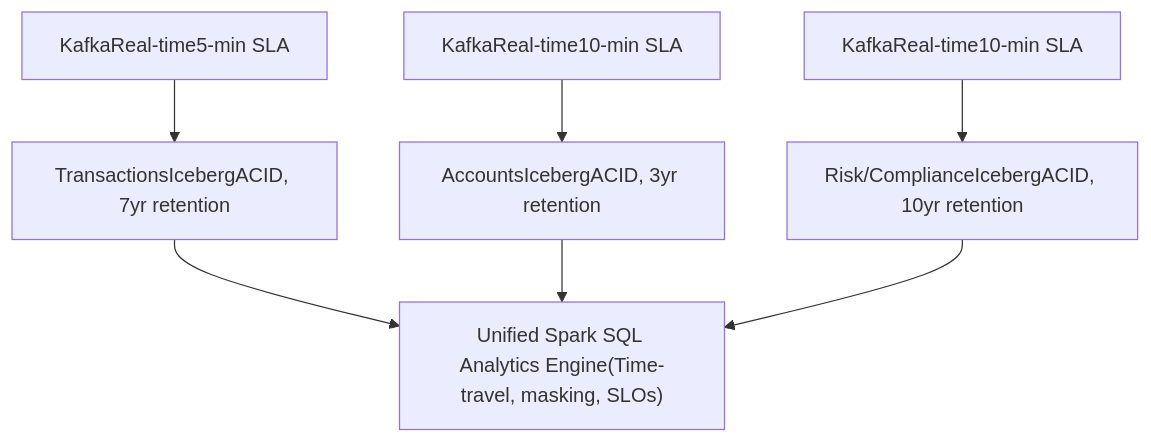
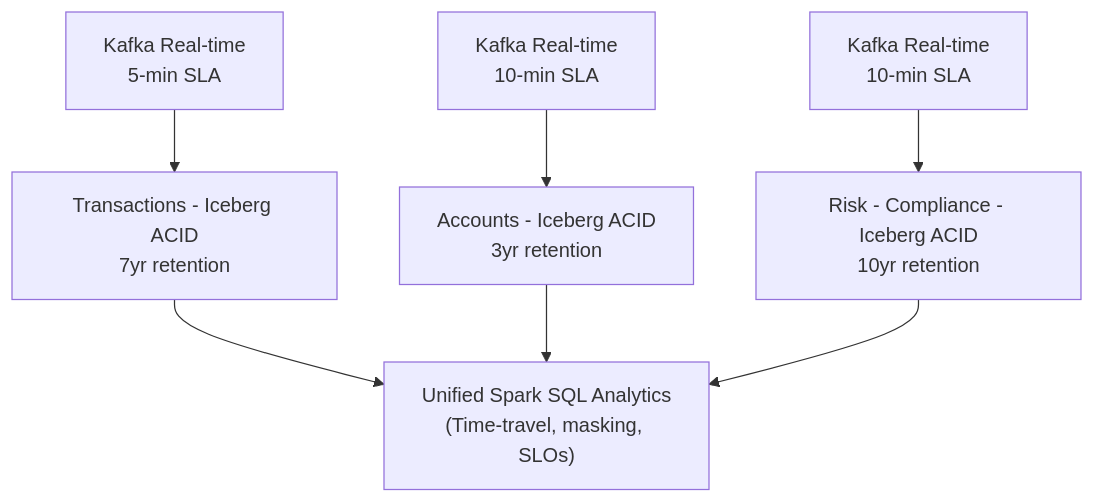
Before and after one commit to naren-chakraview/chakraview-fintech-data-mesh: the diagram in docs/index.md, drawn with Mermaid. The commit also changed 21 other files, not shown here.

First line of the commit message:
Fix mermaid diagram rendering issues in fintech data mesh documentation

````diff
--- a/docs/index.md
+++ b/docs/index.md
@@ -23,20 +23,20 @@
 ```mermaid
 graph TD
-    A["Unified Spark SQL Analytics Engine(Time-travel, masking, SLOs)"]
+    A["Unified Spark SQL Analytics<br/>(Time-travel, masking, SLOs)"]
     
-    B["TransactionsIcebergACID, 7yr retention"]
-    C["AccountsIcebergACID, 3yr retention"]
-    D["Risk/ComplianceIcebergACID, 10yr retention"]
+    B["Transactions - Iceberg ACID<br/>7yr retention"]
+    C["Accounts - Iceberg ACID<br/>3yr retention"]
+    D["Risk - Compliance - Iceberg ACID<br/>10yr retention"]
     
-    E["KafkaReal-time5-min SLA"]
-    F["KafkaReal-time10-min SLA"]
-    G["KafkaReal-time10-min SLA"]
+    E["Kafka Real-time<br/>5-min SLA"]
+    F["Kafka Real-time<br/>10-min SLA"]
+    G["Kafka Real-time<br/>10-min SLA"]
     
     B --> A
     C --> A
     D --> A
     
     E --> B
     F --> C
     G --> D
 ```
````
